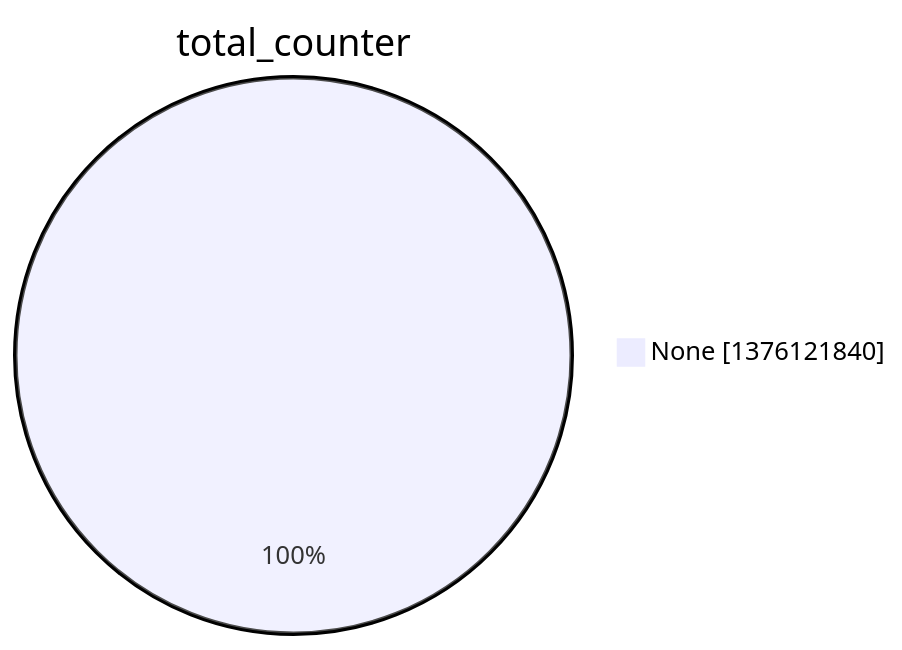
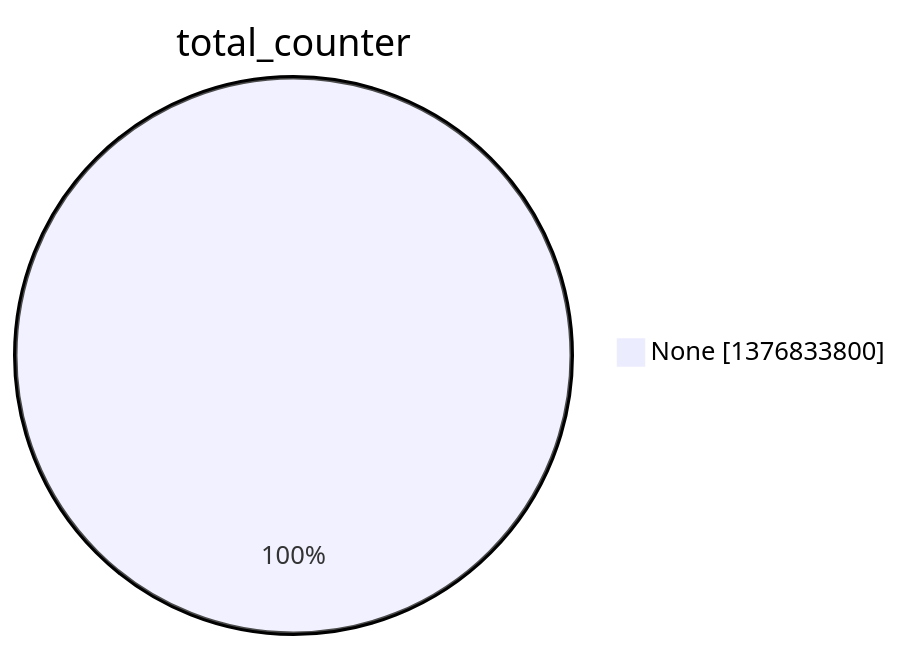
The second of 15 diagrams in argon2022/README.md (christiankrug/ctmonitor_visualization), drawn with Mermaid before and after one commit. The commit also changed other lines of this file, not shown here.

````diff
--- a/argon2022/README.md
+++ b/argon2022/README.md
@@ -9,5 +9,5 @@
 ```mermaid
 pie showData
 title total_counter
-"None" :1376121840
+"None" :1376833800
 ```
````
